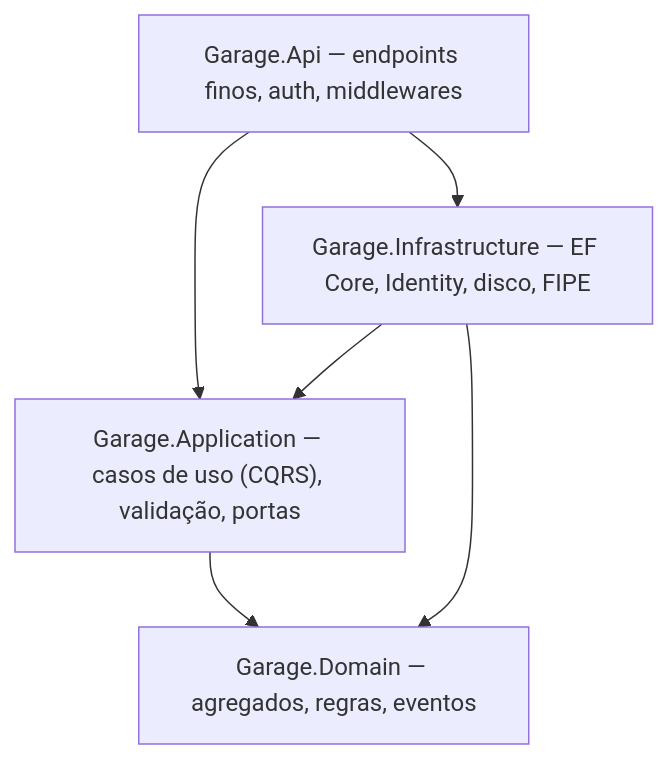
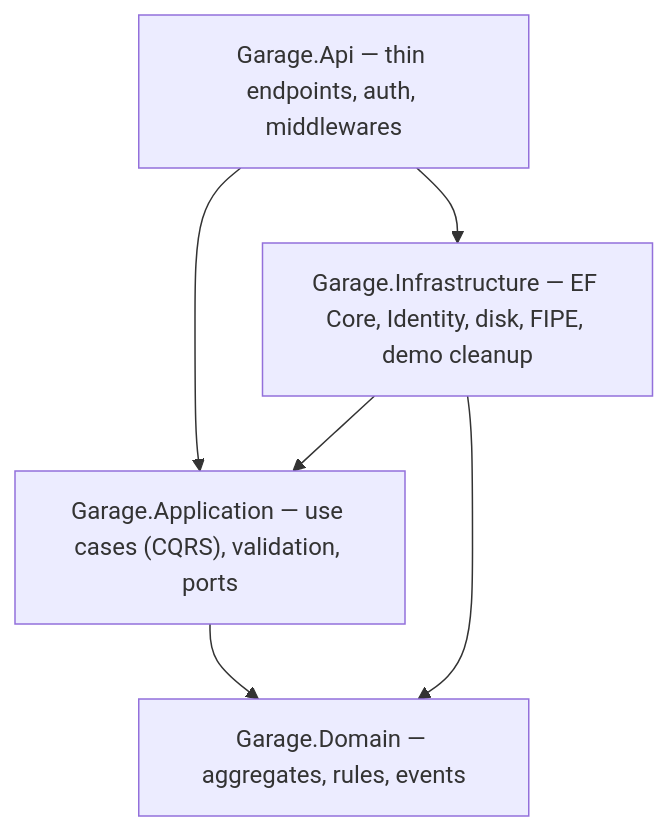
One commit to gabrielLAraujo/app-maintenance-history changed the diagram in README.md. Above: the diagram before and after it, drawn with Mermaid. The commit also changed other lines of this file and 13 other files, not shown here.

````diff
--- a/README.md
+++ b/README.md
@@ -32,8 +47,8 @@
 ```mermaid
 flowchart TB
-    API["Garage.Api — endpoints finos, auth, middlewares"] --> APP
+    API["Garage.Api — thin endpoints, auth, middlewares"] --> APP
     API --> INF
-    APP["Garage.Application — casos de uso (CQRS), validação, portas"] --> DOM
-    INF["Garage.Infrastructure — EF Core, Identity, disco, FIPE"] --> APP
-    INF --> DOM["Garage.Domain — agregados, regras, eventos"]
+    APP["Garage.Application — use cases (CQRS), validation, ports"] --> DOM
+    INF["Garage.Infrastructure — EF Core, Identity, disk, FIPE, demo cleanup"] --> APP
+    INF --> DOM["Garage.Domain — aggregates, rules, events"]
 ```
````
